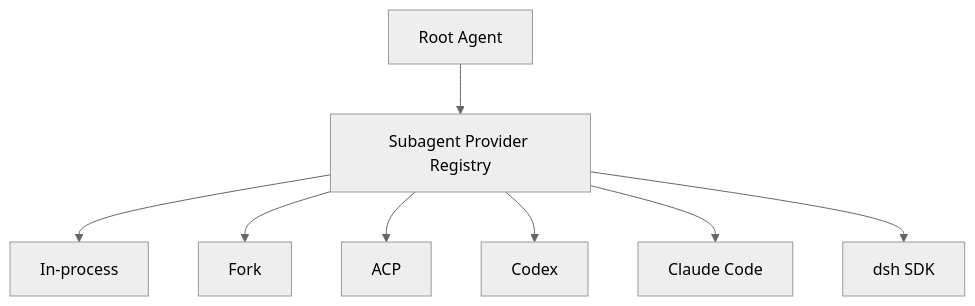
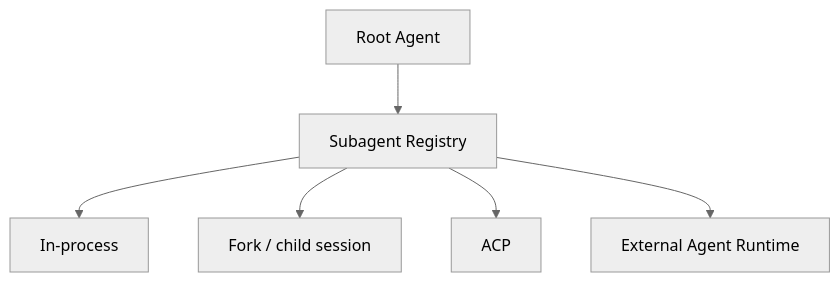
The second of 4 diagrams in docs/deepseek/models-skills-and-extensions.md (indigofeather/harness-book), drawn with Mermaid (neutral theme) before and after one commit. The commit also changed other lines of this file and 48 other files, not shown here.

````diff
--- a/docs/deepseek/models-skills-and-extensions.md
+++ b/docs/deepseek/models-skills-and-extensions.md
@@ -133,10 +75,8 @@
 ```mermaid
 flowchart TB
-  ROOT[Root Agent] --> REG[Subagent Provider Registry]
-  REG --> P1[In-process]
-  REG --> P2[Fork]
-  REG --> P3[ACP]
-  REG --> P4[Codex]
-  REG --> P5[Claude Code]
-  REG --> P6[dsh SDK]
+  ROOT[Root Agent] --> REG[Subagent Registry]
+  REG --> I[In-process]
+  REG --> F[Fork / child session]
+  REG --> ACP[ACP]
+  REG --> X[External Agent Runtime]
 ```
````
